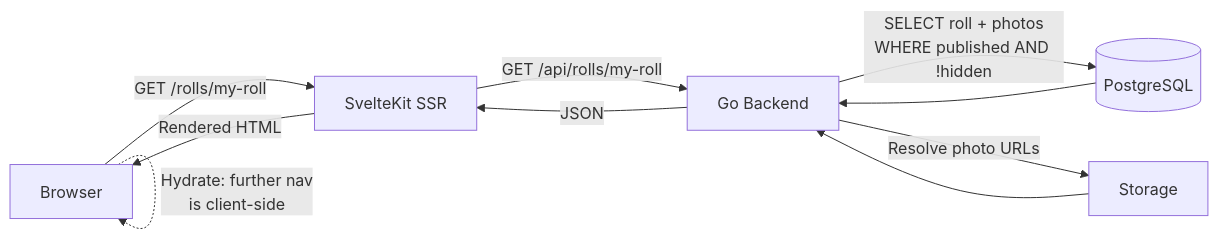
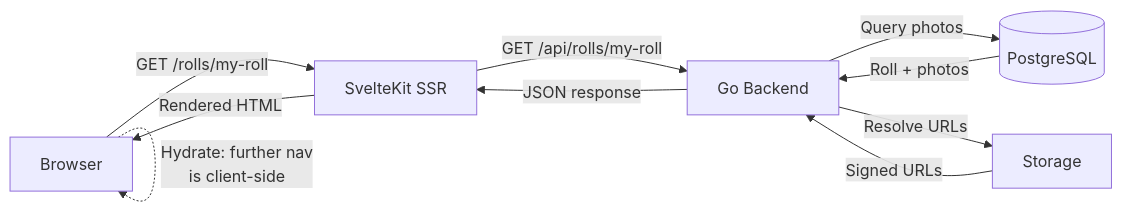
Before and after one commit to NeoRecasata/film-gallery: the fifth of 5 diagrams in README.md, drawn with Mermaid.

Commit message:
docs: fix request flow diagram — add return arrows for DB and storage

````diff
--- a/README.md
+++ b/README.md
@@ -197,12 +197,12 @@
 ```mermaid
 flowchart LR
     B["Browser"] -->|"GET /rolls/my-roll"| S["SvelteKit SSR"]
     S -->|"GET /api/rolls/my-roll"| A["Go Backend"]
-    A -->|"SELECT roll + photos<br/>WHERE published AND !hidden"| DB[(PostgreSQL)]
-    DB --> A
-    A -->|"Resolve photo URLs"| St["Storage"]
-    St --> A
-    A -->|"JSON"| S
+    A -->|"Query photos"| DB[(PostgreSQL)]
+    DB -->|"Roll + photos"| A
+    A -->|"Resolve URLs"| St["Storage"]
+    St -->|"Signed URLs"| A
+    A -->|"JSON response"| S
     S -->|"Rendered HTML"| B
     B -.->|"Hydrate: further nav<br/>is client-side"| B
 ```
````
